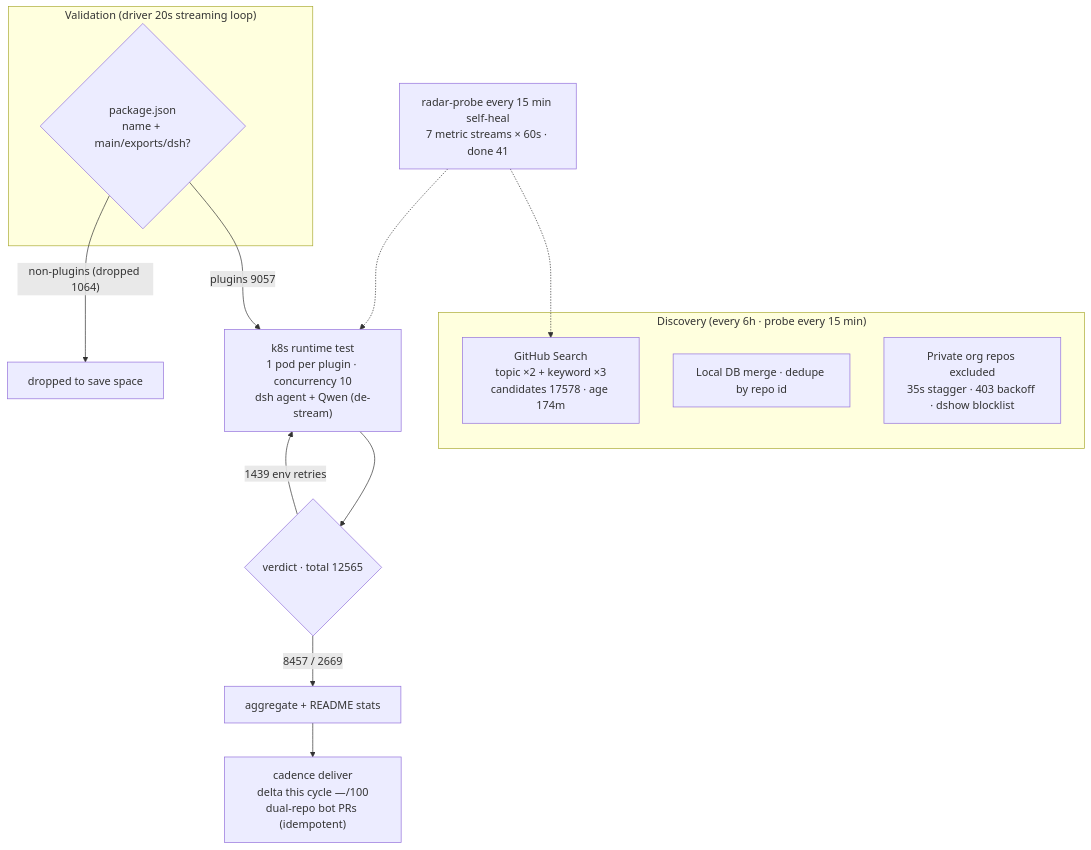
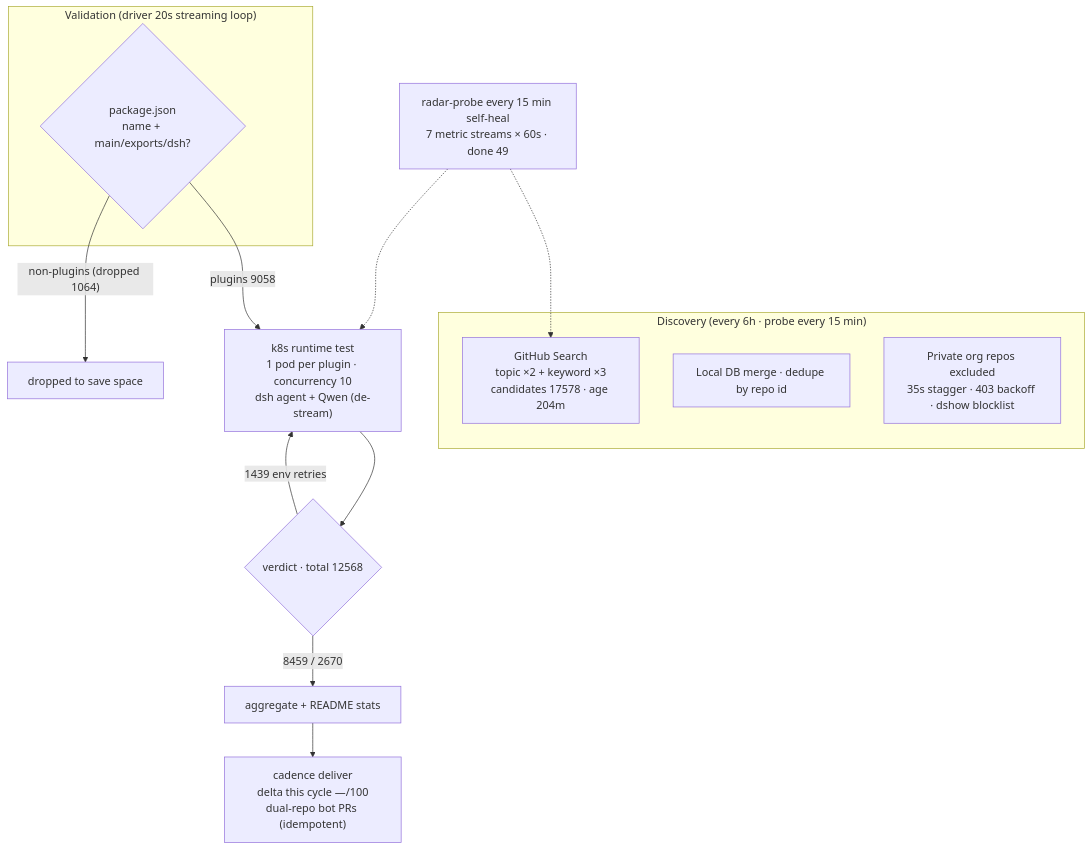
Before and after one commit to AdamPlatin123/awesome-dsh-plugins: the diagram in README.en-US.md, drawn with Mermaid. The commit also changed other lines of this file and 5 other files, not shown here.

````diff
--- a/README.en-US.md
+++ b/README.en-US.md
@@ -45,20 +45,20 @@
 ```mermaid
 flowchart TB
     subgraph Discovery["Discovery (every 6h · probe every 15 min)"]
-        A1["GitHub Search<br/>topic ×2 + keyword ×3<br/>candidates 17578 · age 174m"]
+        A1["GitHub Search<br/>topic ×2 + keyword ×3<br/>candidates 17578 · age 204m"]
         A2["Local DB merge · dedupe by repo id"]
         A3["Private org repos excluded<br/>35s stagger · 403 backoff · dshow blocklist"]
     end
     subgraph Validation["Validation (driver 20s streaming loop)"]
         B1{"package.json<br/>name + main/exports/dsh?"}
     end
-    B1 -->|"plugins 9057"| C1["k8s runtime test<br/>1 pod per plugin · concurrency 10<br/>dsh agent + Qwen (de-stream)"]
+    B1 -->|"plugins 9058"| C1["k8s runtime test<br/>1 pod per plugin · concurrency 10<br/>dsh agent + Qwen (de-stream)"]
     B1 -->|"non-plugins (dropped 1064)"| B3["dropped to save space"]
-    C1 --> D1{"verdict · total 12565"}
-    D1 -->|"8457 / 2669"| E1["aggregate + README stats"]
+    C1 --> D1{"verdict · total 12568"}
+    D1 -->|"8459 / 2670"| E1["aggregate + README stats"]
     D1 -->|"1439 env retries"| C1
     E1 --> E2["cadence deliver<br/>delta this cycle —/100<br/>dual-repo bot PRs (idempotent)"]
-    M["radar-probe every 15 min self-heal<br/>7 metric streams × 60s · done 41"]
+    M["radar-probe every 15 min self-heal<br/>7 metric streams × 60s · done 49"]
     M -.-> A1
     M -.-> C1
 ```
````
